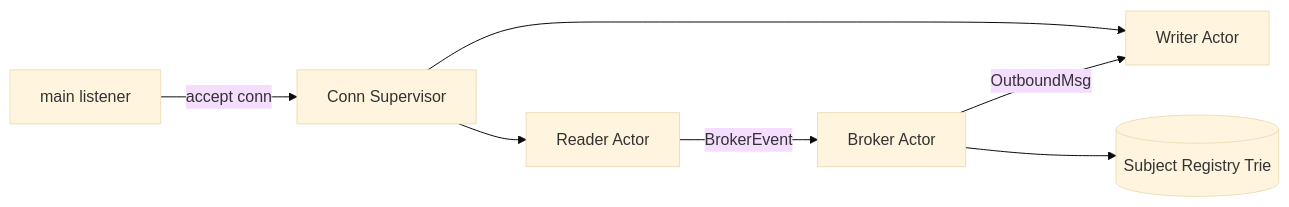
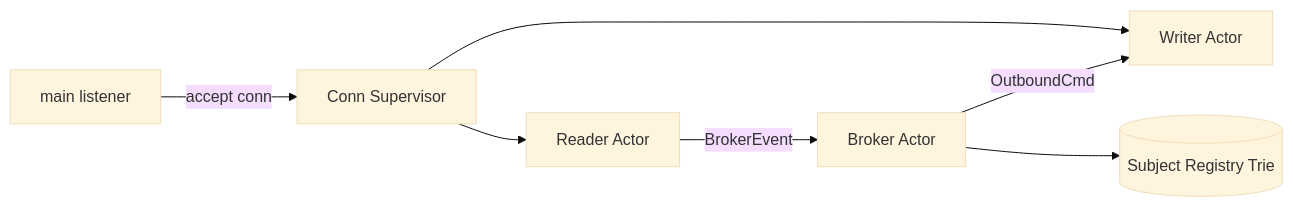
Before and after one commit to elmq0022/pub-sub: the first of 2 diagrams in DESIGN.md, drawn with Mermaid (base theme). The commit also changed other lines of this file and 1 other file, not shown here.

````diff
--- a/DESIGN.md
+++ b/DESIGN.md
@@ -32,9 +32,9 @@
 ```mermaid
 flowchart LR
     A[main listener] -->|accept conn| B[Conn Supervisor]
     B --> C[Reader Actor]
     B --> D[Writer Actor]
     C -->|BrokerEvent| E[Broker Actor]
-    E -->|OutboundMsg| D
+    E -->|OutboundCmd| D
     E --> F[(Subject Registry Trie)]
 ```
````
